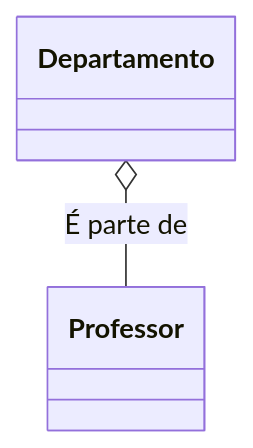
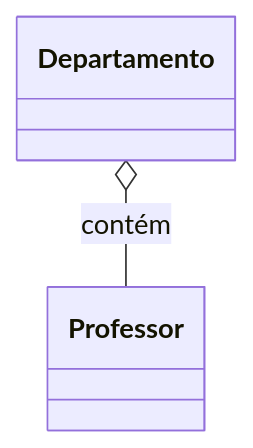
The sixth of 10 diagrams in 01_java/11.md (conteudoGeneration/cookbook_java_fullstack), drawn with Mermaid before and after one commit. The commit also changed other lines of this file and 44 other files, not shown here.

````diff
--- a/01_java/11.md
+++ b/01_java/11.md
@@ -105,4 +106,4 @@
 ```mermaid
 classDiagram
-Departamento o-- Professor : É parte de
+Departamento o-- Professor : contém
 ```
````
